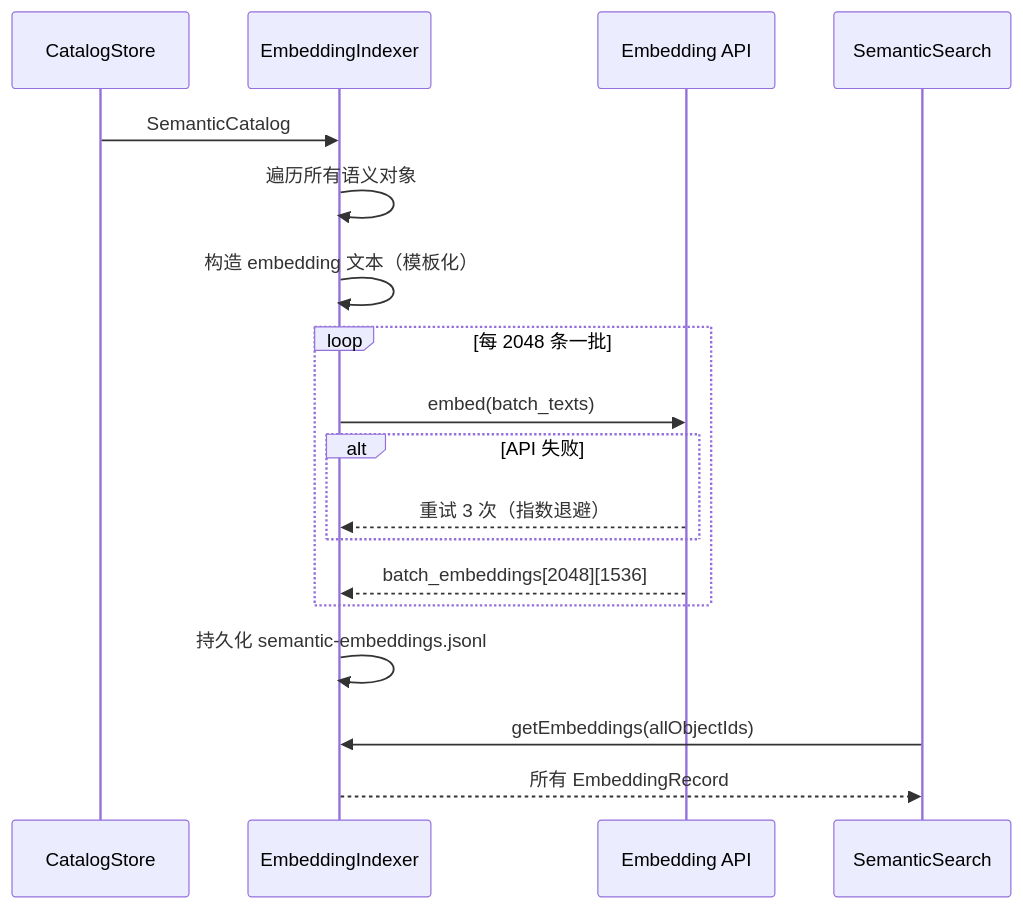
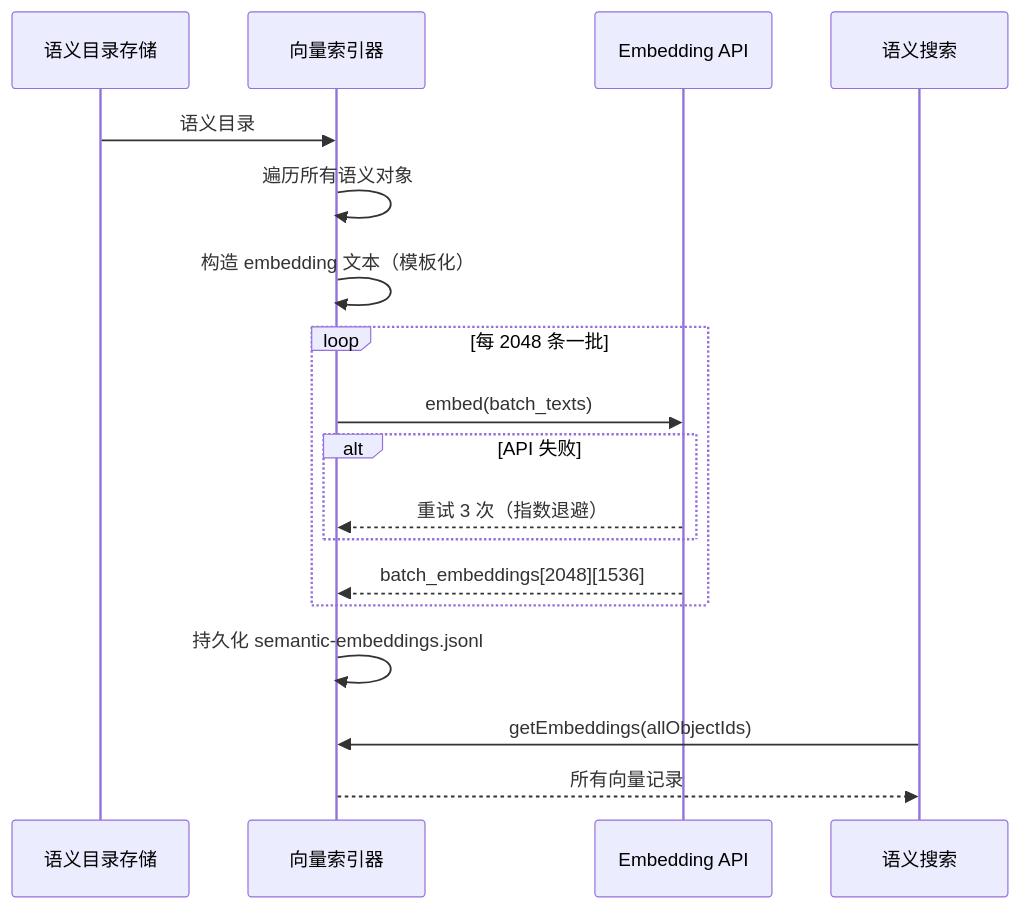
One commit to xiaoguang/relation-detector changed the third of 4 diagrams in docs/design/semantic-layer/06-embedding-indexer.md. Above: the diagram before and after it, drawn with Mermaid. The commit also changed other lines of this file and 14 other files, not shown here.

````diff
--- a/docs/design/semantic-layer/06-embedding-indexer.md
+++ b/docs/design/semantic-layer/06-embedding-indexer.md
@@ -88,21 +133,21 @@
 ```mermaid
 sequenceDiagram
-    participant CS as CatalogStore
-    participant EI as EmbeddingIndexer
+    participant CS as 语义目录存储
+    participant EI as 向量索引器
     participant API as Embedding API
-    participant SS as SemanticSearch
+    participant SS as 语义搜索
 
-    CS->>EI: SemanticCatalog
+    CS->>EI: 语义目录
     EI->>EI: 遍历所有语义对象
     EI->>EI: 构造 embedding 文本（模板化）
     loop 每 2048 条一批
         EI->>API: embed(batch_texts)
         alt API 失败
             API-->>EI: 重试 3 次（指数退避）
         end
         API-->>EI: batch_embeddings[2048][1536]
     end
     EI->>EI: 持久化 semantic-embeddings.jsonl
     SS->>EI: getEmbeddings(allObjectIds)
-    EI-->>SS: 所有 EmbeddingRecord
+    EI-->>SS: 所有向量记录
 ```
````
